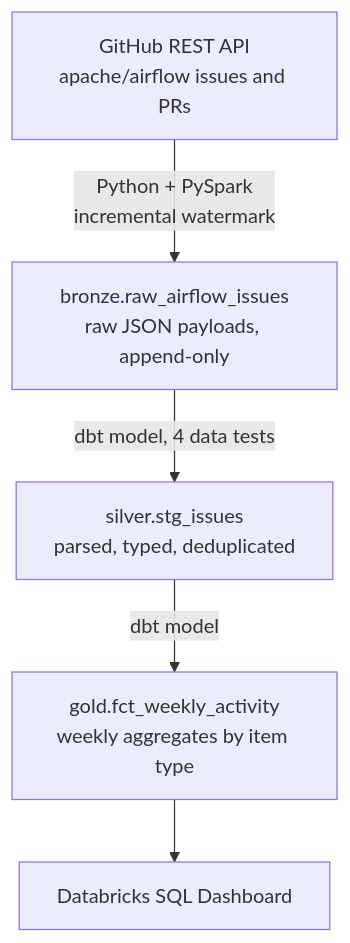
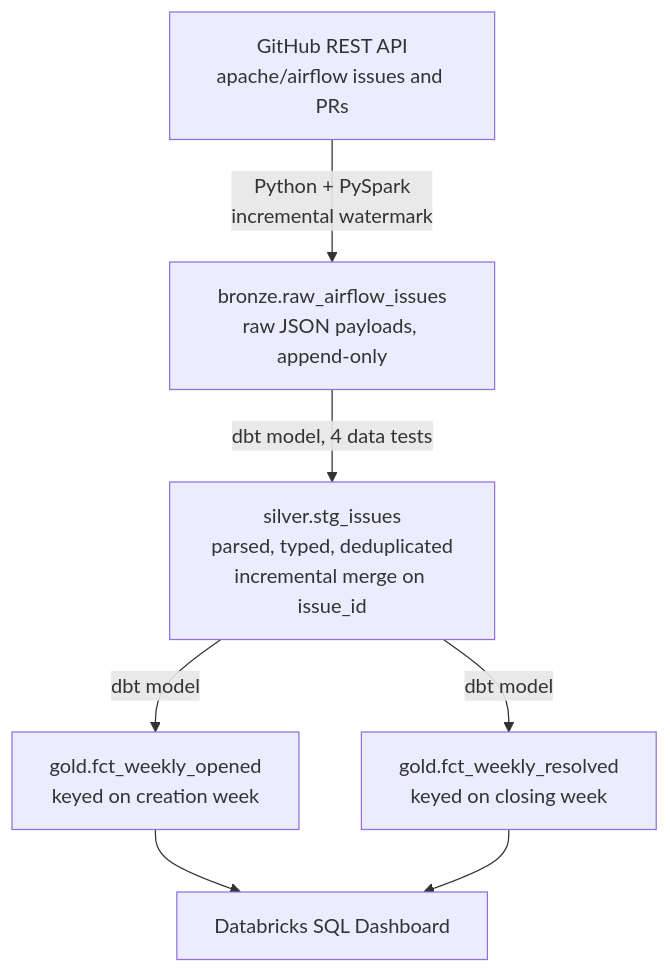
Before and after one commit to nishabuilds/airflow-github-pipeline: the first of 2 diagrams in README.md, drawn with Mermaid. The commit also changed other lines of this file, not shown here.

````diff
--- a/README.md
+++ b/README.md
@@ -11,13 +11,16 @@
 ```mermaid
 flowchart TD
     A["GitHub REST API<br/>apache/airflow issues and PRs"]
     B["bronze.raw_airflow_issues<br/>raw JSON payloads, append-only"]
-    C["silver.stg_issues<br/>parsed, typed, deduplicated"]
-    D["gold.fct_weekly_activity<br/>weekly aggregates by item type"]
-    E["Databricks SQL Dashboard"]
+    C["silver.stg_issues<br/>parsed, typed, deduplicated<br/>incremental merge on issue_id"]
+    D["gold.fct_weekly_opened<br/>keyed on creation week"]
+    E["gold.fct_weekly_resolved<br/>keyed on closing week"]
+    F["Databricks SQL Dashboard"]
 
     A -->|"Python + PySpark<br/>incremental watermark"| B
     B -->|"dbt model, 4 data tests"| C
     C -->|"dbt model"| D
-    D --> E
+    C -->|"dbt model"| E
+    D --> F
+    E --> F
 ```
````
